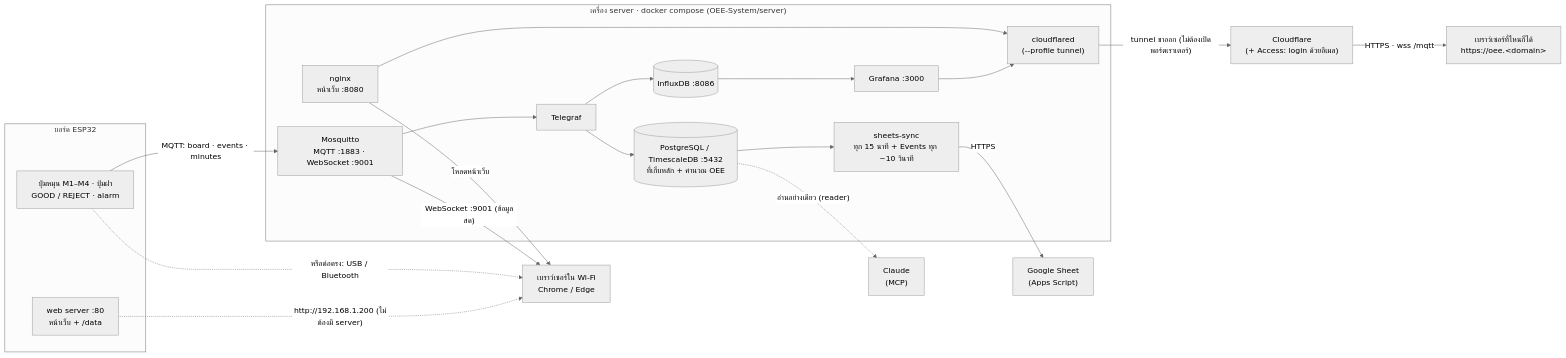
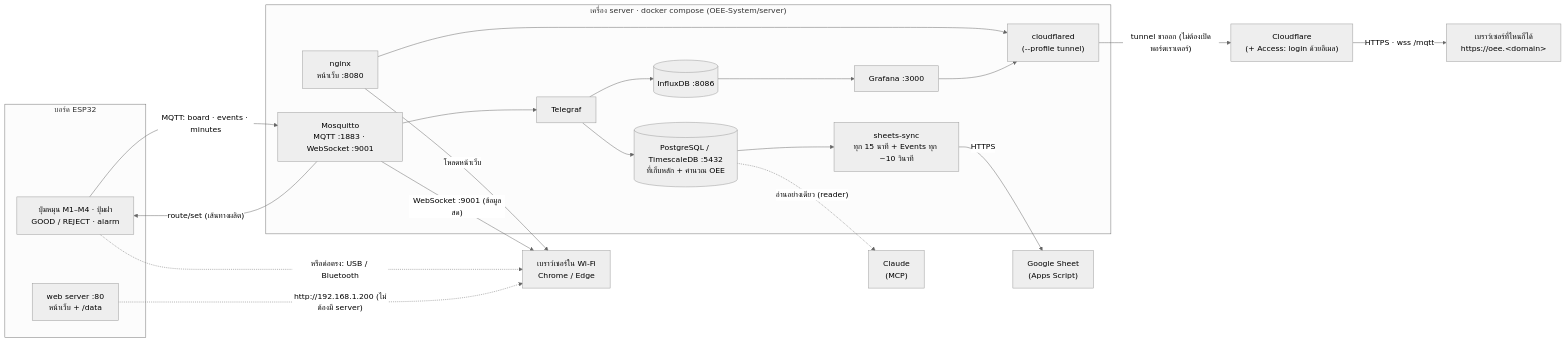
The diagram in README.md (tazriqq/Smart-Factory-G3), drawn with Mermaid (neutral theme) before and after one commit. The commit also changed other lines of this file and 11 other files, not shown here.

````diff
--- a/README.md
+++ b/README.md
@@ -5,41 +5,42 @@
 ```mermaid
 flowchart LR
     subgraph board["บอร์ด ESP32"]
         hw["ปุ่มหมุน M1–M4 · ปุ่มฝา<br/>GOOD / REJECT · alarm"]
         bweb["web server :80<br/>หน้าเว็บ + /data"]
     end
 
     subgraph server["เครื่อง server · docker compose (OEE-System/server)"]
         mq["Mosquitto<br/>MQTT :1883 · WebSocket :9001"]
         web["nginx<br/>หน้าเว็บ :8080"]
         tg["Telegraf"]
         pg[("PostgreSQL / TimescaleDB :5432<br/>ที่เก็บหลัก + คำนวณ OEE")]
         ifx[("InfluxDB :8086")]
         gf["Grafana :3000"]
         ss["sheets-sync<br/>ทุก 15 นาที + Events ทุก ~10 วินาที"]
         cf["cloudflared<br/>(--profile tunnel)"]
     end
 
     browser["เบราว์เซอร์ใน Wi-Fi<br/>Chrome / Edge"]
     remote["เบราว์เซอร์ที่ไหนก็ได้<br/>https://oee.&lt;domain&gt;"]
     cloud["Cloudflare<br/>(+ Access: login ด้วยอีเมล)"]
     gs["Google Sheet<br/>(Apps Script)"]
     claude["Claude<br/>(MCP)"]
 
     hw -- "MQTT: board · events · minutes" --> mq
+    mq -- "route/set (เส้นทางผลิต)" --> hw
     mq --> tg
     tg --> pg
     tg --> ifx
     ifx --> gf
     pg --> ss
     ss -- HTTPS --> gs
     pg -. "อ่านอย่างเดียว (reader)" .-> claude
     web -- "โหลดหน้าเว็บ" --> browser
     mq -- "WebSocket :9001 (ข้อมูลสด)" --> browser
     hw -. "หรือต่อตรง: USB / Bluetooth" .-> browser
     bweb -. "http://192.168.1.200 (ไม่ต้องมี server)" .-> browser
     web --> cf
     gf --> cf
     cf -- "tunnel ขาออก (ไม่ต้องเปิดพอร์ตเราเตอร์)" --> cloud
     cloud -- "HTTPS · wss /mqtt" --> remote
 ```
````
